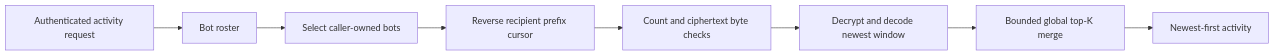
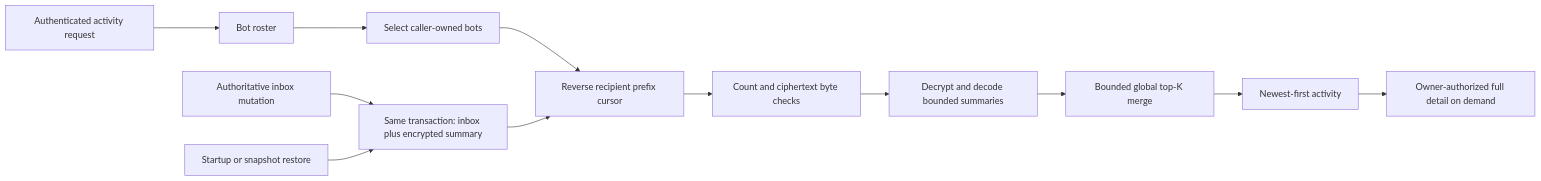
The third of 7 diagrams in docs/dev/BOTS.md (jmylchreest/lobslaw), drawn with Mermaid before and after one commit. The commit also changed other lines of this file and 19 other files, not shown here.

Commit message:
fix(memory): project bounded activity summaries atomically

````diff
--- a/docs/dev/BOTS.md
+++ b/docs/dev/BOTS.md
@@ -104,10 +128,14 @@
 ```mermaid
 flowchart LR
   Request[Authenticated activity request] --> Roster[Bot roster]
   Roster --> Owner[Select caller-owned bots]
   Owner --> Recent[Reverse recipient prefix cursor]
   Recent --> Bounds[Count and ciphertext byte checks]
-  Bounds --> Decode[Decrypt and decode newest window]
+  Bounds --> Decode[Decrypt and decode bounded summaries]
   Decode --> Merge[Bounded global top-K merge]
   Merge --> Response[Newest-first activity]
+  Write[Authoritative inbox mutation] --> Tx[Same transaction: inbox plus encrypted summary]
+  Tx --> Recent
+  Rebuild[Startup or snapshot restore] --> Tx
+  Response --> Detail[Owner-authorized full detail on demand]
 ```
````
